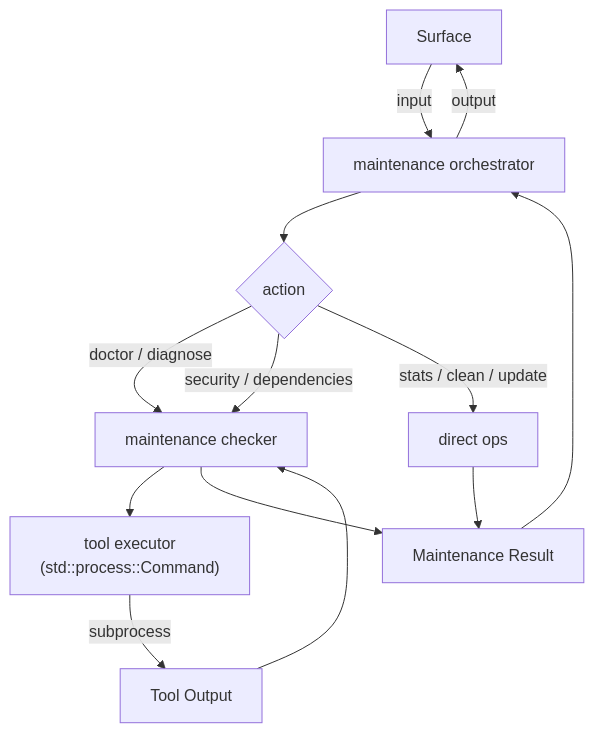
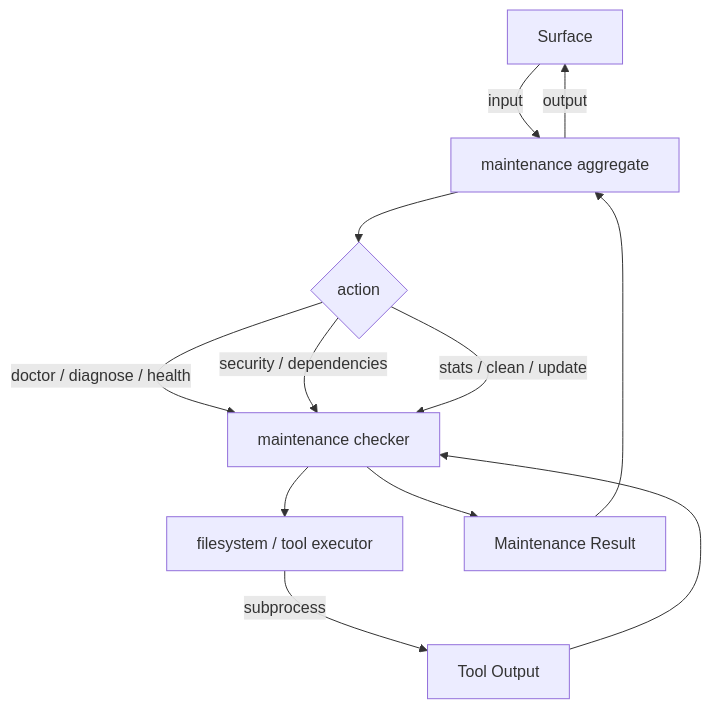
One commit to rakaarwaky/lint-arwaky changed the diagram in crates/maintenance/FRD.md. Above: the diagram before and after it, drawn with Mermaid. The commit also changed other lines of this file and 60 other files, not shown here.

First line of the commit message:
feat(graph-loop): Implement state manager and trigger scanner for pipeline orchestration

````diff
--- a/crates/maintenance/FRD.md
+++ b/crates/maintenance/FRD.md
@@ -16,19 +20,18 @@
 ```mermaid
 flowchart TD
-    A["Surface"] -->|input| B["maintenance orchestrator"]
+    A["Surface"] -->|input| B["maintenance aggregate"]
     B --> C{"action"}
 
-    C -->|"doctor / diagnose"| D["maintenance checker"]
+    C -->|"doctor / diagnose / health"| D["maintenance checker"]
     C -->|"security / dependencies"| D
-    C -->|"stats / clean / update"| E["direct ops"]
+    C -->|"stats / clean / update"| D
 
-    D --> F["tool executor\n(std::process::Command)"]
+    D --> F["filesystem / tool executor"]
     F -->|subprocess| G["Tool Output"]
     G --> D
     D --> H["Maintenance Result"]
-    E --> H
 
     H --> B
     B -->|output| A
 
 ```
````
